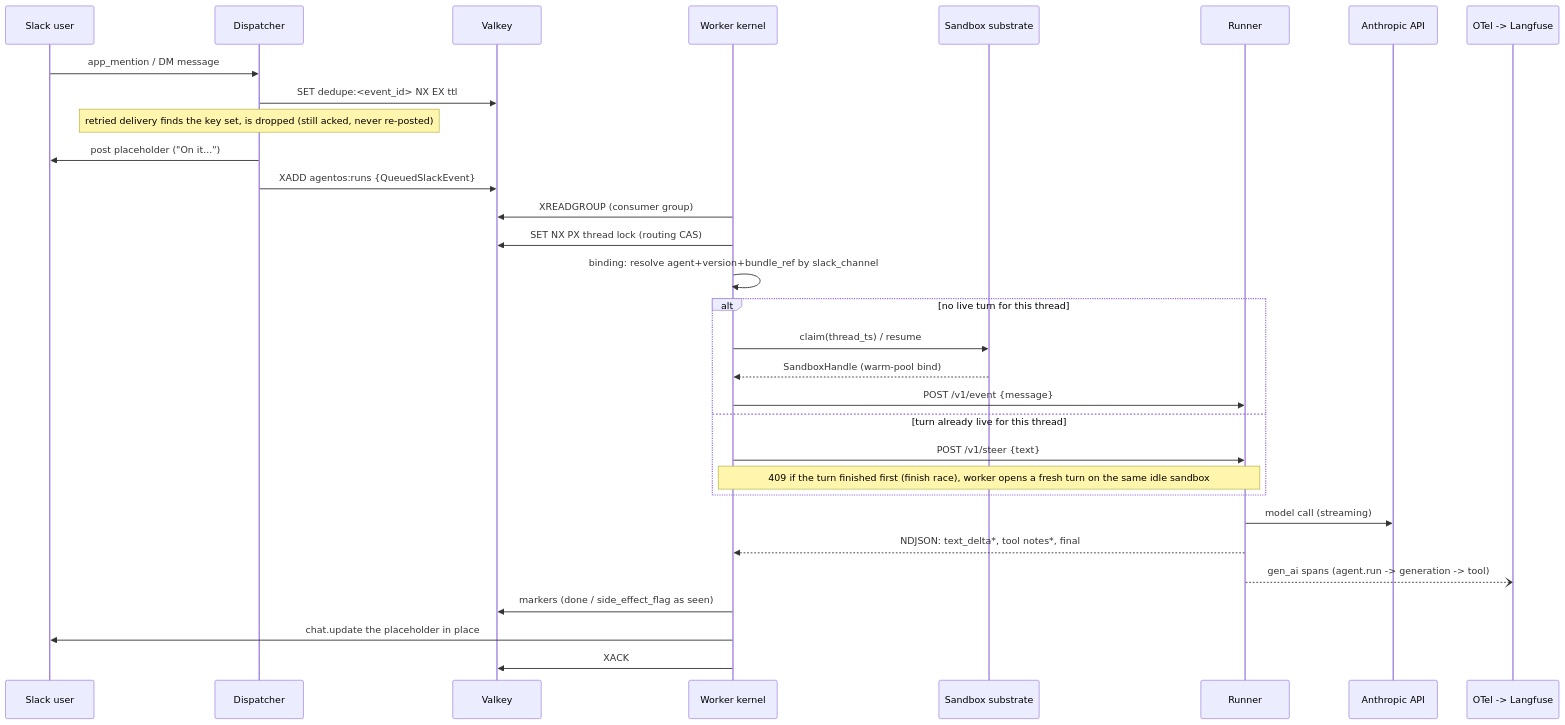
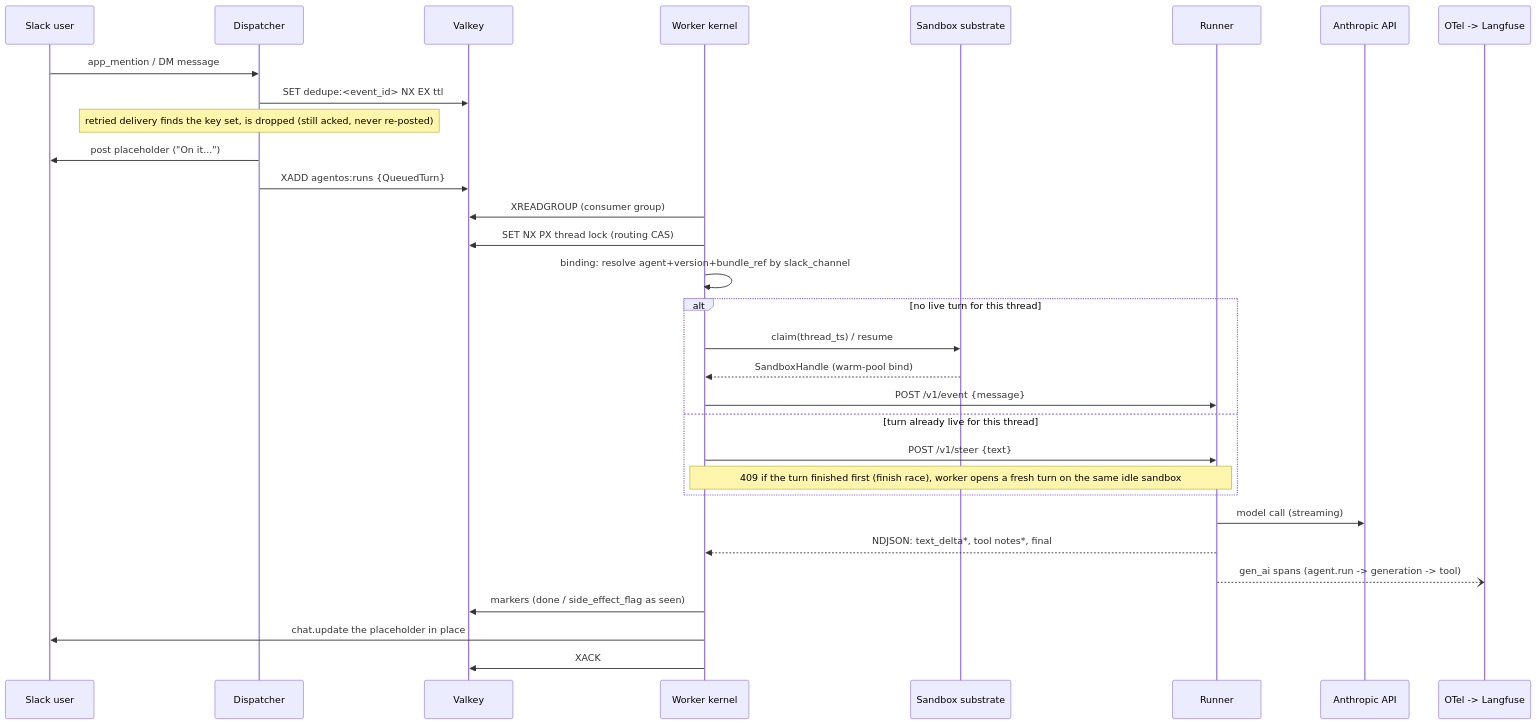
Before and after one commit to coinleftt/curie: the second of 3 diagrams in ARCHITECTURE.md, drawn with Mermaid. The commit also changed other lines of this file and 60 other files, not shown here.

````diff
--- a/ARCHITECTURE.md
+++ b/ARCHITECTURE.md
@@ -155,36 +155,36 @@
 ```mermaid
 sequenceDiagram
     participant U as Slack user
     participant D as Dispatcher
     participant V as Valkey
     participant W as Worker kernel
     participant S as Sandbox substrate
     participant R as Runner
     participant A as Anthropic API
     participant O as OTel -> Langfuse
 
     U->>D: app_mention / DM message
     D->>V: SET dedupe:<event_id> NX EX ttl
     Note over D: retried delivery finds the key set, is dropped (still acked, never re-posted)
     D->>U: post placeholder ("On it...")
-    D->>V: XADD agentos:runs {QueuedSlackEvent}
+    D->>V: XADD agentos:runs {QueuedTurn}
 
     W->>V: XREADGROUP (consumer group)
     W->>V: SET NX PX thread lock (routing CAS)
     W->>W: binding: resolve agent+version+bundle_ref by slack_channel
     alt no live turn for this thread
         W->>S: claim(thread_ts) / resume
         S-->>W: SandboxHandle (warm-pool bind)
         W->>R: POST /v1/event {message}
     else turn already live for this thread
         W->>R: POST /v1/steer {text}
         Note over W,R: 409 if the turn finished first (finish race), worker opens a fresh turn on the same idle sandbox
     end
 
     R->>A: model call (streaming)
     R-->>W: NDJSON: text_delta*, tool notes*, final
     R--)O: gen_ai spans (agent.run -> generation -> tool)
     W->>V: markers (done / side_effect_flag as seen)
     W->>U: chat.update the placeholder in place
     W->>V: XACK
 ```
````
